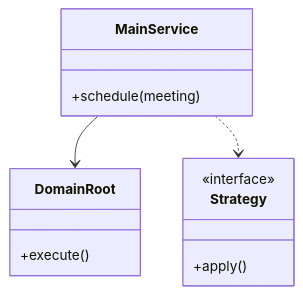
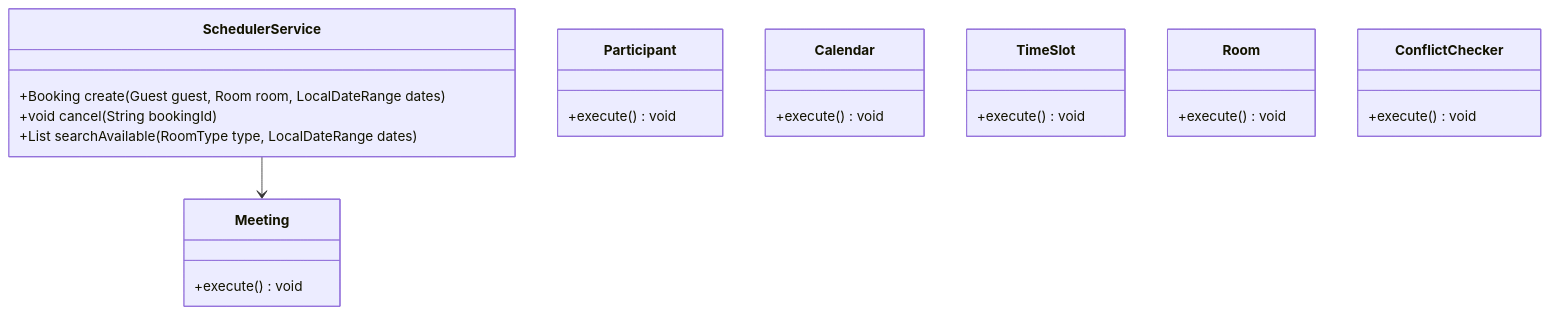
Before and after one commit to madhupaila/Interview-Prep-SSE: the first of 3 diagrams in Learn/System Design - Low Level Design/02-classic-ood/questions/Q26-meeting-scheduler.md, drawn with Mermaid. The commit also changed other lines of this file and 491 other files, not shown here.

````diff
--- a/Learn/System Design - Low Level Design/02-classic-ood/questions/Q26-meeting-scheduler.md
+++ b/Learn/System Design - Low Level Design/02-classic-ood/questions/Q26-meeting-scheduler.md
@@ -75,15 +93,27 @@
 ```mermaid
 classDiagram
-    class MainService {
-        +schedule(meeting)
+    class SchedulerService {
+        +Booking create(Guest guest, Room room, LocalDateRange dates)
+        +void cancel(String bookingId)
+        +List<Room> searchAvailable(RoomType type, LocalDateRange dates)
     }
-    class DomainRoot {
-        +execute()
+    class Meeting {
+        +execute() void
     }
-    class Strategy {
-        <<interface>>
-        +apply()
+    class Participant {
+        +execute() void
     }
-    MainService --> DomainRoot
-    MainService ..> Strategy
+    class Calendar {
+        +execute() void
+    }
+    class TimeSlot {
+        +execute() void
+    }
+    class Room {
+        +execute() void
+    }
+    class ConflictChecker {
+        +execute() void
+    }
+    SchedulerService --> Meeting
 ```
````
